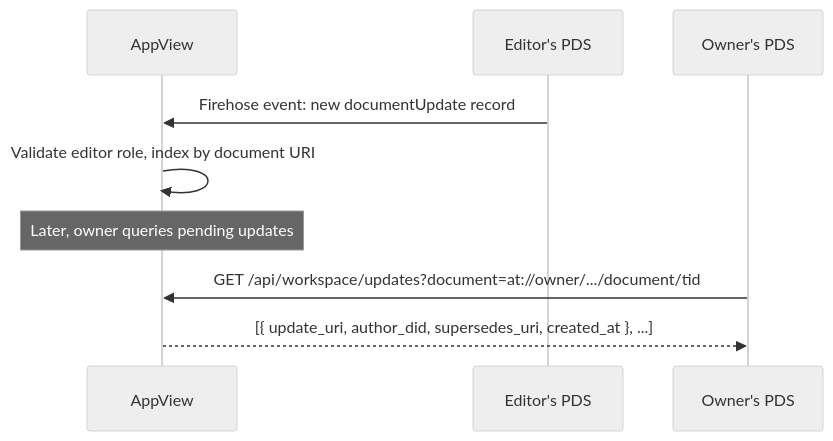
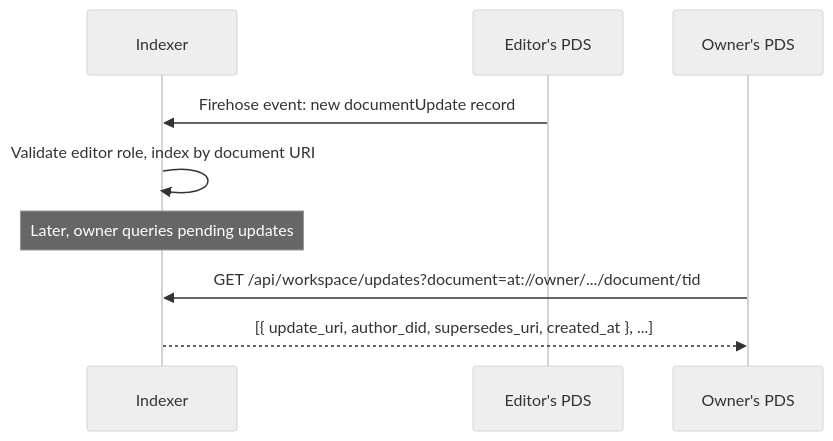
The fourth of 4 diagrams in docs/flows/revisions.md (Sans-Self/Opake), drawn with Mermaid (neutral theme) before and after one commit. The commit also changed other lines of this file and 302 other files, not shown here.

````diff
--- a/docs/flows/revisions.md
+++ b/docs/flows/revisions.md
@@ -127,14 +127,14 @@
 ```mermaid
 sequenceDiagram
-    participant AppView
+    participant Indexer
     participant EditorPDS as Editor's PDS
     participant OwnerPDS as Owner's PDS
 
-    EditorPDS->>AppView: Firehose event: new documentUpdate record
-    AppView->>AppView: Validate editor role, index by document URI
+    EditorPDS->>Indexer: Firehose event: new documentUpdate record
+    Indexer->>Indexer: Validate editor role, index by document URI
 
-    Note over AppView: Later, owner queries pending updates
+    Note over Indexer: Later, owner queries pending updates
 
-    OwnerPDS->>AppView: GET /api/workspace/updates?document=at://owner/.../document/tid
-    AppView-->>OwnerPDS: [{ update_uri, author_did, supersedes_uri, created_at }, ...]
+    OwnerPDS->>Indexer: GET /api/workspace/updates?document=at://owner/.../document/tid
+    Indexer-->>OwnerPDS: [{ update_uri, author_did, supersedes_uri, created_at }, ...]
 ```
````
